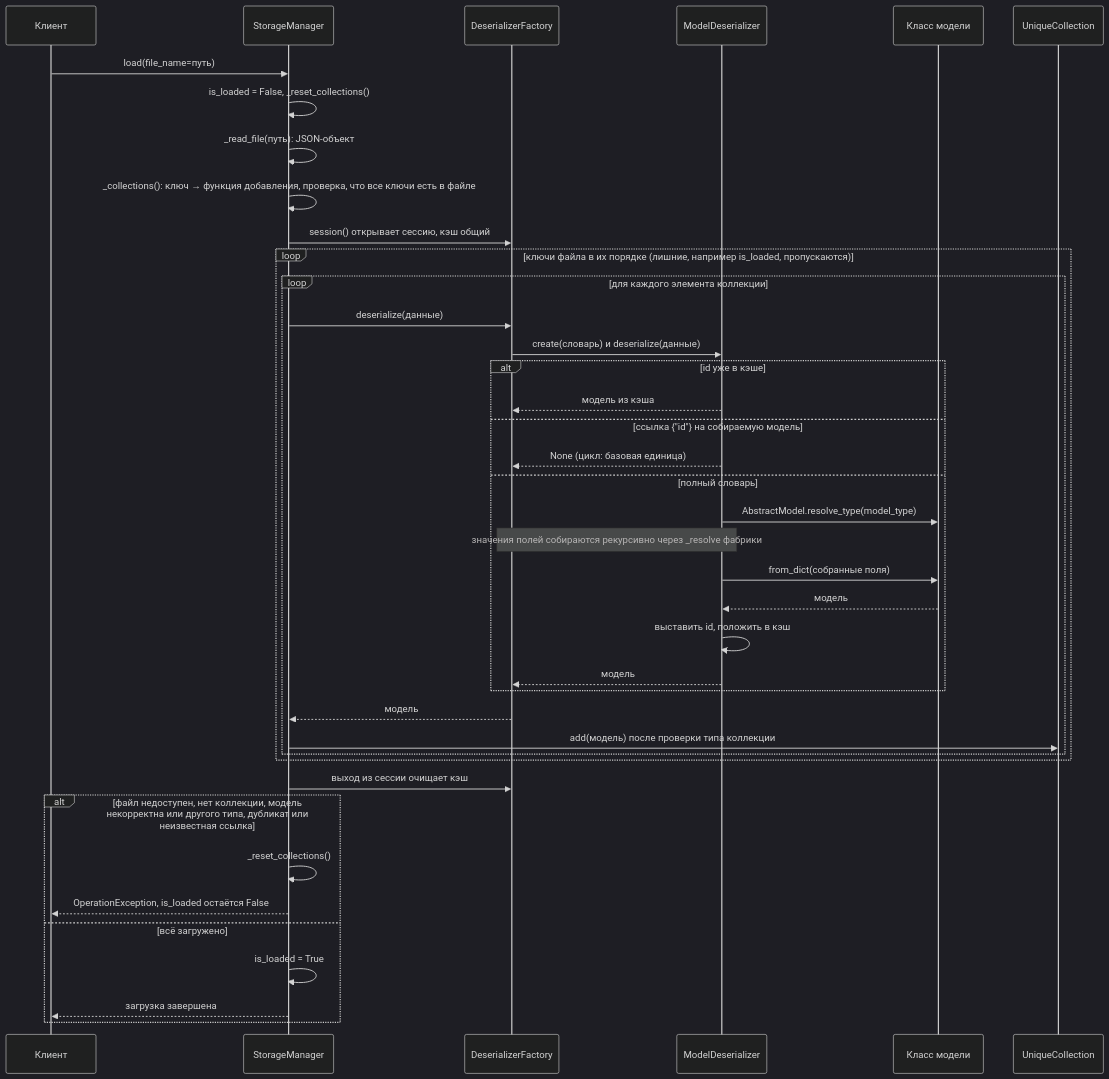
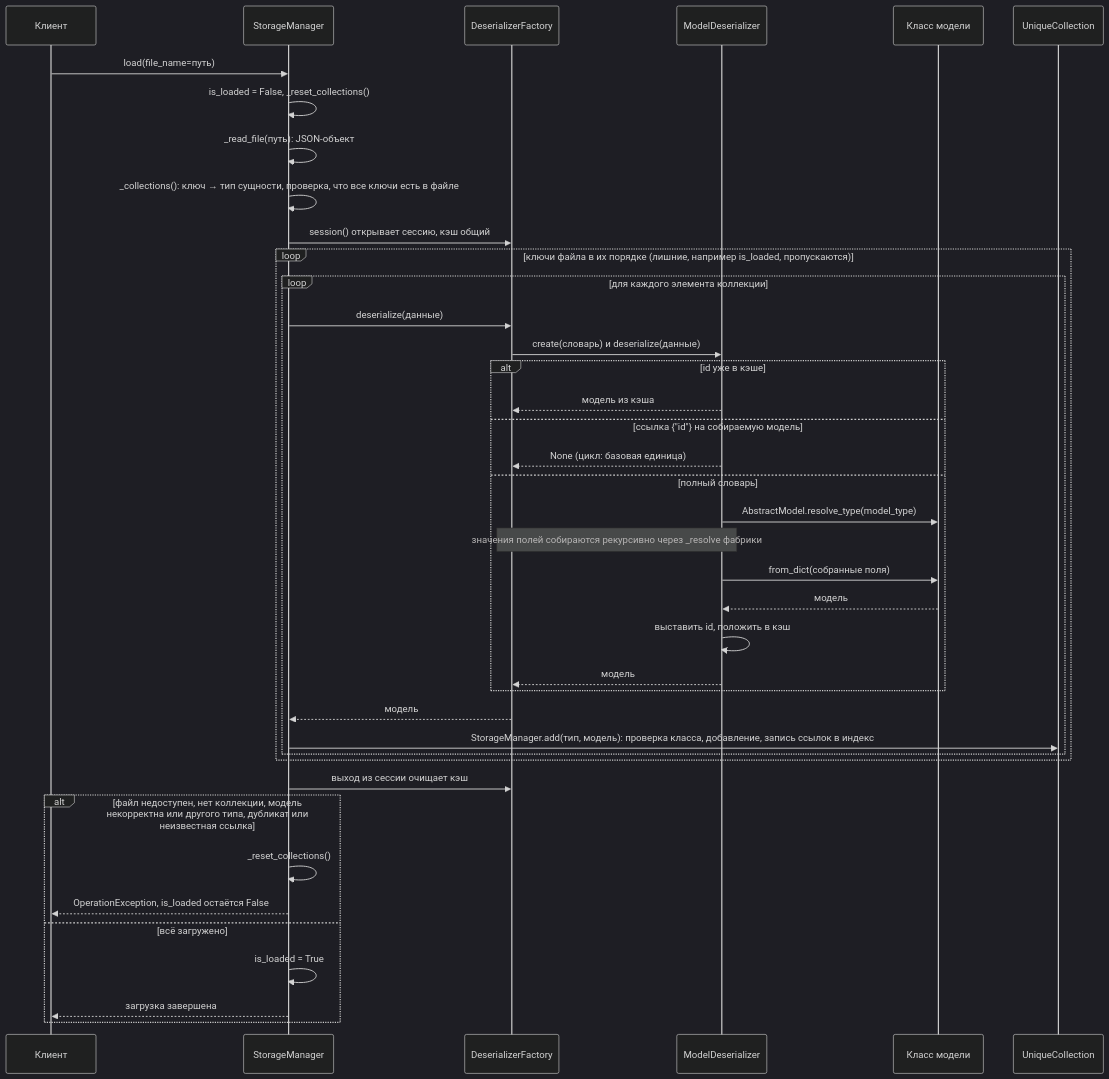
Before and after one commit to asutenshi/design-patterns: the fourth of 4 diagrams in Docs/SequenceDiagram.md, drawn with Mermaid (dark theme). The commit also changed other lines of this file and 4 other files, not shown here.

````diff
--- a/Docs/SequenceDiagram.md
+++ b/Docs/SequenceDiagram.md
@@ -154,43 +155,43 @@
 ```mermaid
 sequenceDiagram
     participant K as Клиент
     participant St as StorageManager
     participant F as DeserializerFactory
     participant D as ModelDeserializer
     participant M as Класс модели
     participant C as UniqueCollection
 
     K->>St: load(file_name=путь)
     St->>St: is_loaded = False, _reset_collections()
     St->>St: _read_file(путь): JSON-объект
-    St->>St: _collections(): ключ → функция добавления, проверка, что все ключи есть в файле
+    St->>St: _collections(): ключ → тип сущности, проверка, что все ключи есть в файле
     St->>F: session() открывает сессию, кэш общий
     loop ключи файла в их порядке (лишние, например is_loaded, пропускаются)
         loop для каждого элемента коллекции
             St->>F: deserialize(данные)
             F->>D: create(словарь) и deserialize(данные)
             alt id уже в кэше
                 D-->>F: модель из кэша
             else ссылка {"id"} на собираемую модель
                 D-->>F: None (цикл: базовая единица)
             else полный словарь
                 D->>M: AbstractModel.resolve_type(model_type)
                 Note over D,F: значения полей собираются рекурсивно через _resolve фабрики
                 D->>M: from_dict(собранные поля)
                 M-->>D: модель
                 D->>D: выставить id, положить в кэш
                 D-->>F: модель
             end
             F-->>St: модель
-            St->>C: add(модель) после проверки типа коллекции
+            St->>C: StorageManager.add(тип, модель): проверка класса, добавление, запись ссылок в индекс
         end
     end
     St->>F: выход из сессии очищает кэш
     alt файл недоступен, нет коллекции, модель некорректна или другого типа, дубликат или неизвестная ссылка
         St->>St: _reset_collections()
         St-->>K: OperationException, is_loaded остаётся False
     else всё загружено
         St->>St: is_loaded = True
         St-->>K: загрузка завершена
     end
 ```
````
